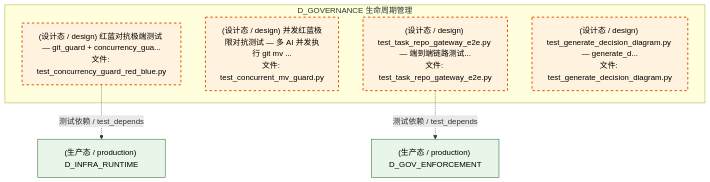
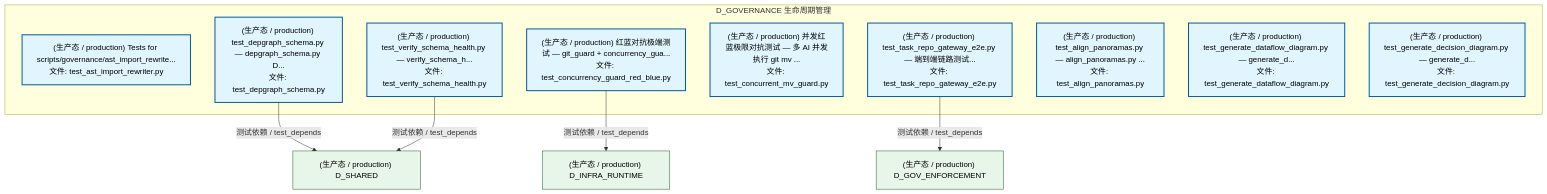
Before and after one commit to xuanFelixVan/ZephyrAlpha: the eighth of 10 diagrams in docs/02_enterprise_architecture/02_domain_architecture_docs/38_d_governance.md, drawn with Mermaid. The commit also changed other lines of this file and 128 other files, not shown here.

````diff
--- a/docs/02_enterprise_architecture/02_domain_architecture_docs/38_d_governance.md
+++ b/docs/02_enterprise_architecture/02_domain_architecture_docs/38_d_governance.md
@@ -925,19 +918,27 @@
 ```mermaid
 graph TD
     subgraph D_GOVERNANCE["D_GOVERNANCE 生命周期管理"]
-        tests_rollback_test_concurrency_guard_red_blue_py["(设计态 / design) 红蓝对抗极端测试 — git_guard + concurrency_gua...<br/>文件: test_concurrency_guard_red_blue.py"]
-        tests_rollback_test_concurrent_mv_guard_py["(设计态 / design) 并发红蓝极限对抗测试 — 多 AI 并发执行 git mv ...<br/>文件: test_concurrent_mv_guard.py"]
-        tests_task_test_task_repo_gateway_e2e_py["(设计态 / design) test_task_repo_gateway_e2e.py — 端到端链路测试...<br/>文件: test_task_repo_gateway_e2e.py"]
-        tests_test_generate_decision_diagram_py["(设计态 / design) test_generate_decision_diagram.py — generate_d...<br/>文件: test_generate_decision_diagram.py"]
+        tests_governance_test_ast_import_rewriter_py["(生产态 / production) Tests for scripts/governance/ast_import_rewrite...<br/>文件: test_ast_import_rewriter.py"]
+        tests_io_test_depgraph_schema_py["(生产态 / production) test_depgraph_schema.py — depgraph_schema.py D...<br/>文件: test_depgraph_schema.py"]
+        tests_io_test_verify_schema_health_py["(生产态 / production) test_verify_schema_health.py — verify_schema_h...<br/>文件: test_verify_schema_health.py"]
+        tests_rollback_test_concurrency_guard_red_blue_py["(生产态 / production) 红蓝对抗极端测试 — git_guard + concurrency_gua...<br/>文件: test_concurrency_guard_red_blue.py"]
+        tests_rollback_test_concurrent_mv_guard_py["(生产态 / production) 并发红蓝极限对抗测试 — 多 AI 并发执行 git mv ...<br/>文件: test_concurrent_mv_guard.py"]
+        tests_task_test_task_repo_gateway_e2e_py["(生产态 / production) test_task_repo_gateway_e2e.py — 端到端链路测试...<br/>文件: test_task_repo_gateway_e2e.py"]
+        tests_test_align_panoramas_py["(生产态 / production) test_align_panoramas.py — align_panoramas.py ...<br/>文件: test_align_panoramas.py"]
+        tests_test_generate_dataflow_diagram_py["(生产态 / production) test_generate_dataflow_diagram.py — generate_d...<br/>文件: test_generate_dataflow_diagram.py"]
+        tests_test_generate_decision_diagram_py["(生产态 / production) test_generate_decision_diagram.py — generate_d...<br/>文件: test_generate_decision_diagram.py"]
     end
+    D_SHARED["(生产态 / production) D_SHARED"]
+    tests_io_test_depgraph_schema_py -->|测试依赖 / test_depends| D_SHARED
     D_GOV_ENFORCEMENT["(生产态 / production) D_GOV_ENFORCEMENT"]
-    tests_task_test_task_repo_gateway_e2e_py -.->|测试依赖 / test_depends| D_GOV_ENFORCEMENT
+    tests_task_test_task_repo_gateway_e2e_py -->|测试依赖 / test_depends| D_GOV_ENFORCEMENT
     D_INFRA_RUNTIME["(生产态 / production) D_INFRA_RUNTIME"]
-    tests_rollback_test_concurrency_guard_red_blue_py -.->|测试依赖 / test_depends| D_INFRA_RUNTIME
+    tests_rollback_test_concurrency_guard_red_blue_py -->|测试依赖 / test_depends| D_INFRA_RUNTIME
+    tests_io_test_verify_schema_health_py -->|测试依赖 / test_depends| D_SHARED
     classDef production fill:#e1f5fe,stroke:#01579b,stroke-width:2px,color:#000
     classDef design fill:#fff3e0,stroke:#e65100,stroke-width:2px,color:#000,stroke-dasharray: 5 5
     classDef external_prod fill:#e8f5e9,stroke:#1b5e20,stroke-width:1px,color:#000
     classDef external_design fill:#fce4ec,stroke:#880e4f,stroke-width:1px,color:#000,stroke-dasharray: 5 5
-    class tests_rollback_test_concurrency_guard_red_blue_py,tests_rollback_test_concurrent_mv_guard_py,tests_task_test_task_repo_gateway_e2e_py,tests_test_generate_decision_diagram_py design
-    class D_GOV_ENFORCEMENT,D_INFRA_RUNTIME external_prod
+    class tests_governance_test_ast_import_rewriter_py,tests_io_test_depgraph_schema_py,tests_io_test_verify_schema_health_py,tests_rollback_test_concurrency_guard_red_blue_py,tests_rollback_test_concurrent_mv_guard_py,tests_task_test_task_repo_gateway_e2e_py,tests_test_align_panoramas_py,tests_test_generate_dataflow_diagram_py,tests_test_generate_decision_diagram_py production
+    class D_SHARED,D_GOV_ENFORCEMENT,D_INFRA_RUNTIME external_prod
 ```
````
